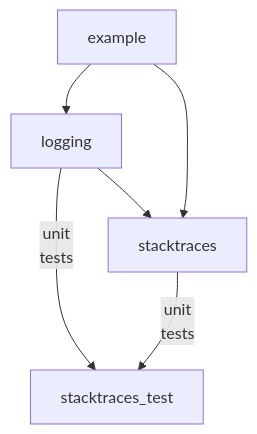
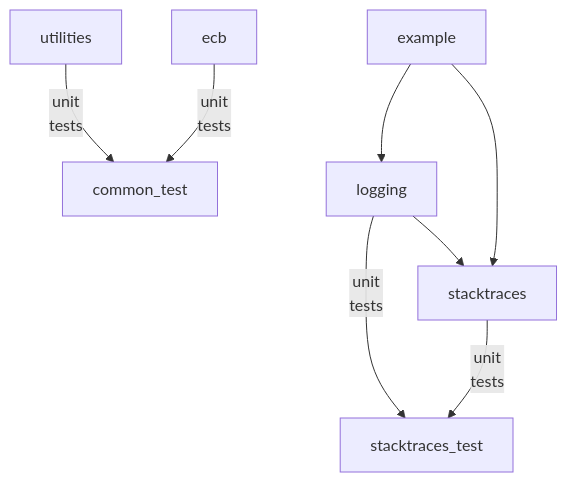
One commit to parasaurolophus/go changed the diagram in README.md. Above: the diagram before and after it, drawn with Mermaid. The commit also changed other lines of this file and 12 other files, not shown here.

Commit message:
Refactor unit test code and data files

````diff
--- a/README.md
+++ b/README.md
@@ -21,10 +27,14 @@
 ```mermaid
 graph TB
+
+
+  utilities --> |unit\ntests| common_test
+  ecb --> |unit\ntests| common_test
 
   example --> logging
   logging --> stacktraces
   logging -->|unit\ntests| stacktraces_test
 
   example --> stacktraces
   stacktraces --> |unit\ntests| stacktraces_test
 ```
````
